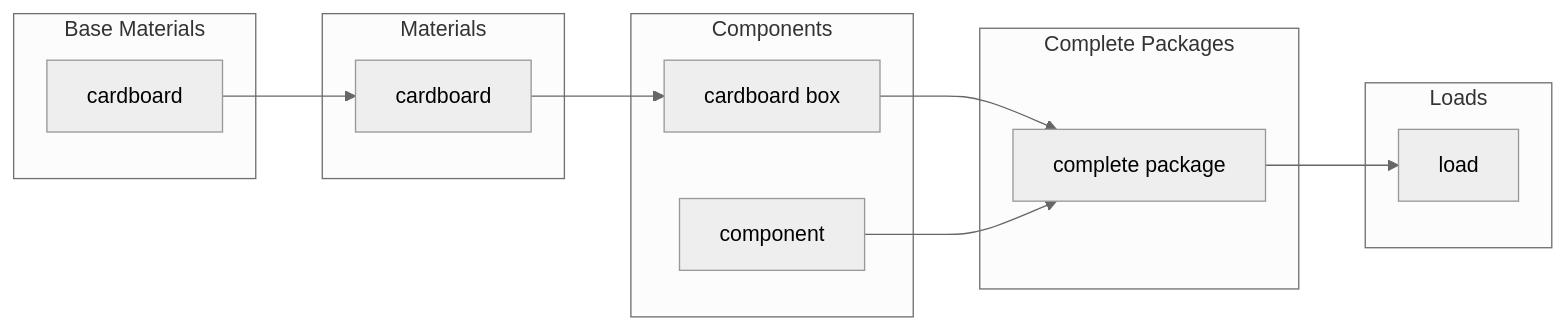
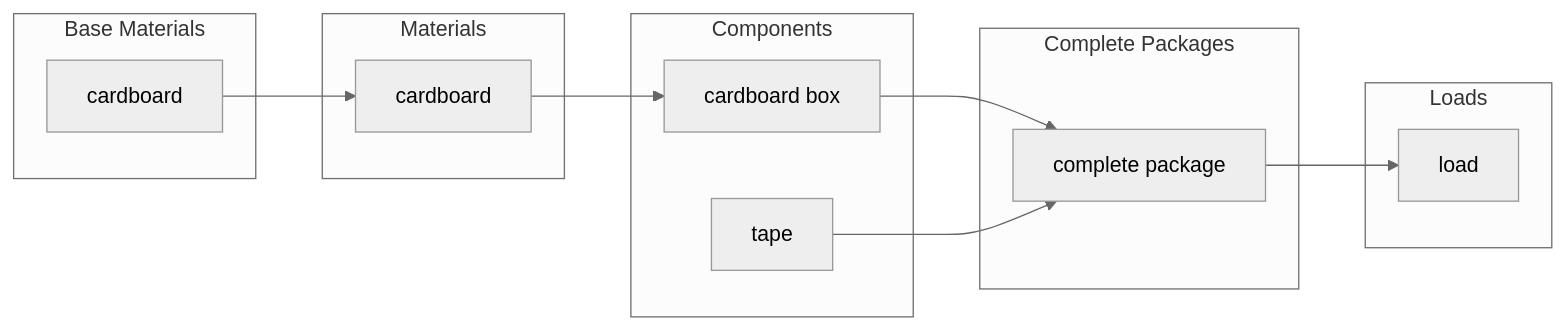
The second of 8 diagrams in docs/1_Start_Here/1_3_Data_Flow.md (OpenDataManchester/Open3P), drawn with Mermaid (neutral theme) before and after one commit. The commit also changed other lines of this file, not shown here.

Commit message:
Worked through the data flow page

````diff
--- a/docs/1_Start_Here/1_3_Data_Flow.md
+++ b/docs/1_Start_Here/1_3_Data_Flow.md
@@ -37,24 +40,24 @@
 ``` mermaid
 flowchart LR
     subgraph baseMaterials[Base Materials]
         bm_cardboard[cardboard]
     end
     subgraph materials[Materials]
         ma_cardboard[cardboard]
     end
     subgraph components[Components]
         co_cardboard[cardboard box]
-        co_example[component]
+        co_example[tape]
     end
     subgraph completePackages[Complete Packages]
         cp_example[complete package]
     end
     subgraph loads[Loads]
         lo_example[load]
     end
     bm_cardboard --> ma_cardboard
     ma_cardboard --> co_cardboard
     co_cardboard --> cp_example
     co_example --> cp_example
     cp_example --> lo_example
 ```
````
